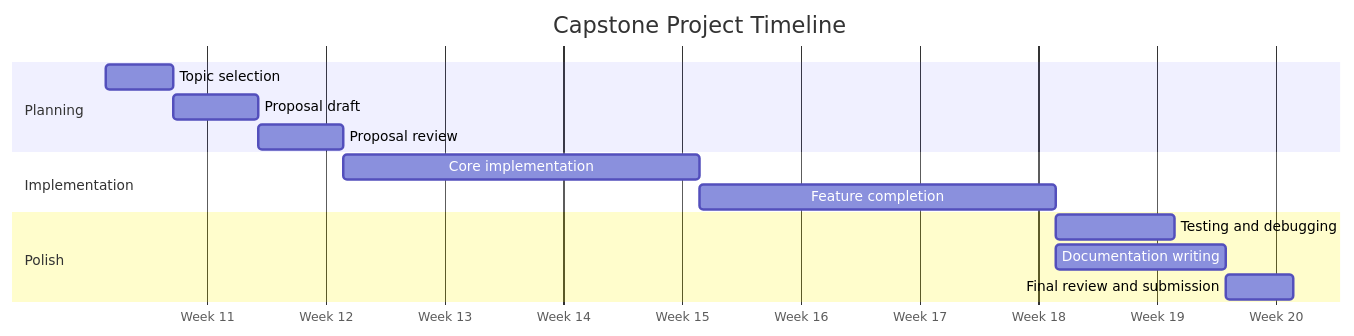
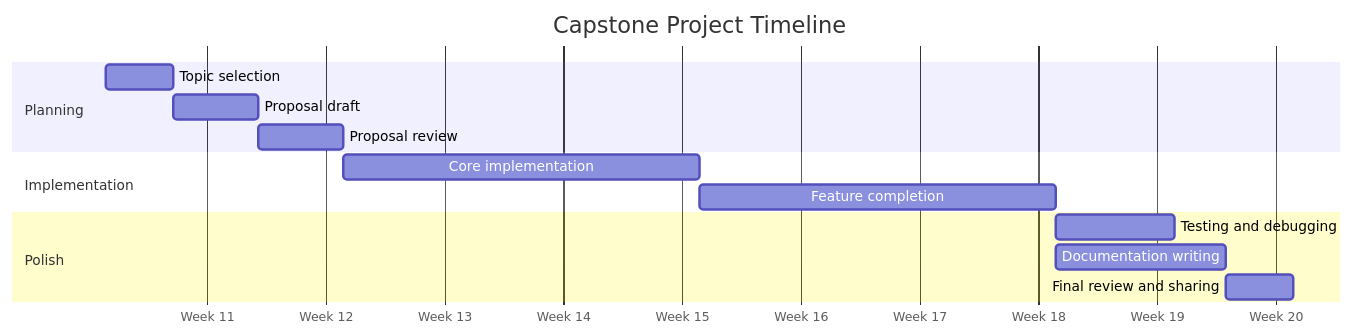
Before and after one commit to sp00nznet/recompclass: the first of 2 diagrams in units/unit-5-extreme-targets/module-16-capstone-project/lecture.md, drawn with Mermaid. The commit also changed other lines of this file and 6 other files, not shown here.

````diff
--- a/units/unit-5-extreme-targets/module-16-capstone-project/lecture.md
+++ b/units/unit-5-extreme-targets/module-16-capstone-project/lecture.md
@@ -149,20 +149,20 @@
 ```mermaid
 gantt
     title Capstone Project Timeline
     dateFormat  YYYY-MM-DD
     axisFormat  Week %W
 
     section Planning
     Topic selection           :t1, 2026-03-16, 4d
     Proposal draft            :t2, after t1, 5d
     Proposal review           :t3, after t2, 5d
 
     section Implementation
     Core implementation       :t4, after t3, 21d
     Feature completion        :t5, after t4, 21d
 
     section Polish
     Testing and debugging     :t6, after t5, 7d
     Documentation writing     :t7, after t5, 10d
-    Final review and submission :t8, after t7, 4d
+    Final review and sharing   :t8, after t7, 4d
 ```
````
